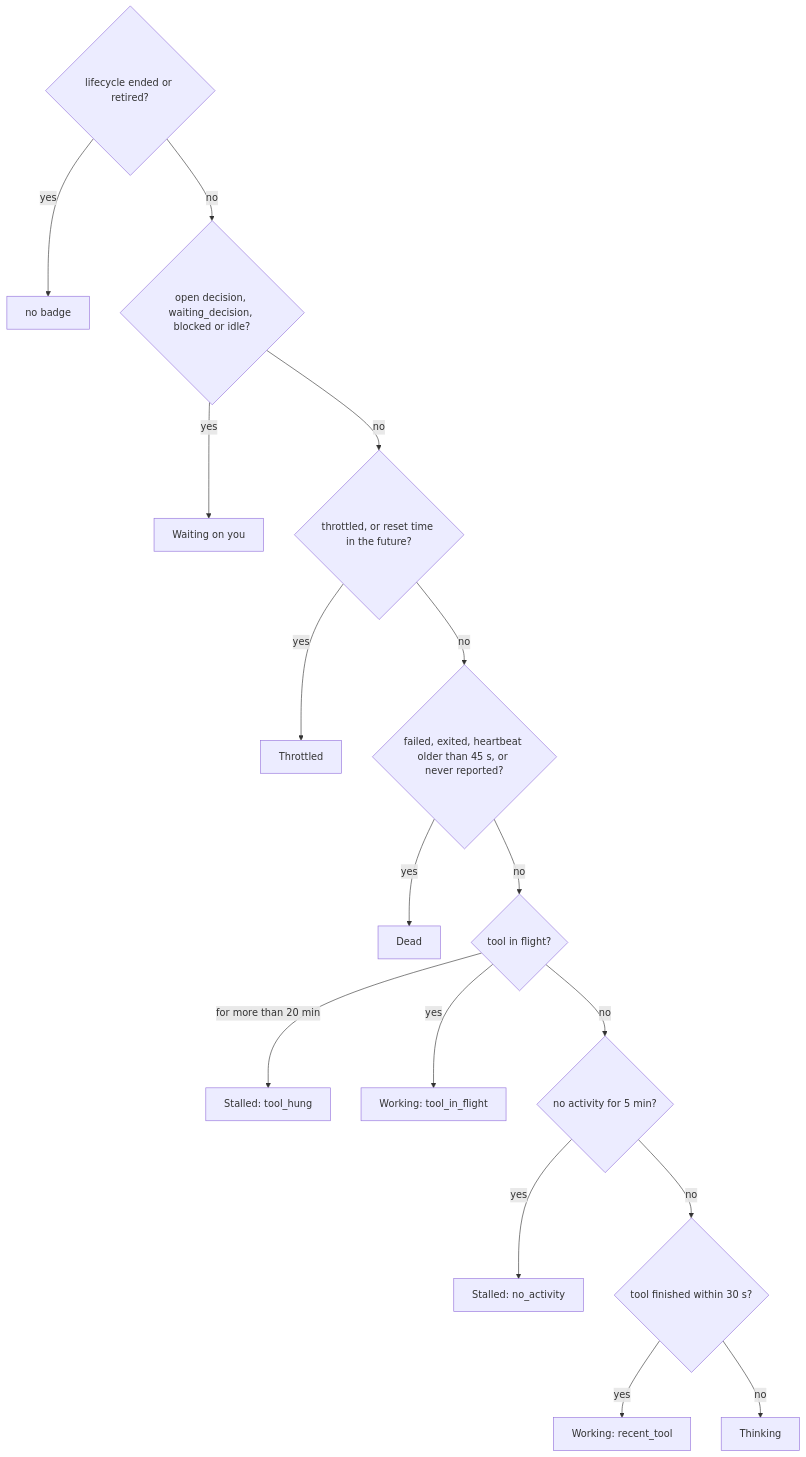
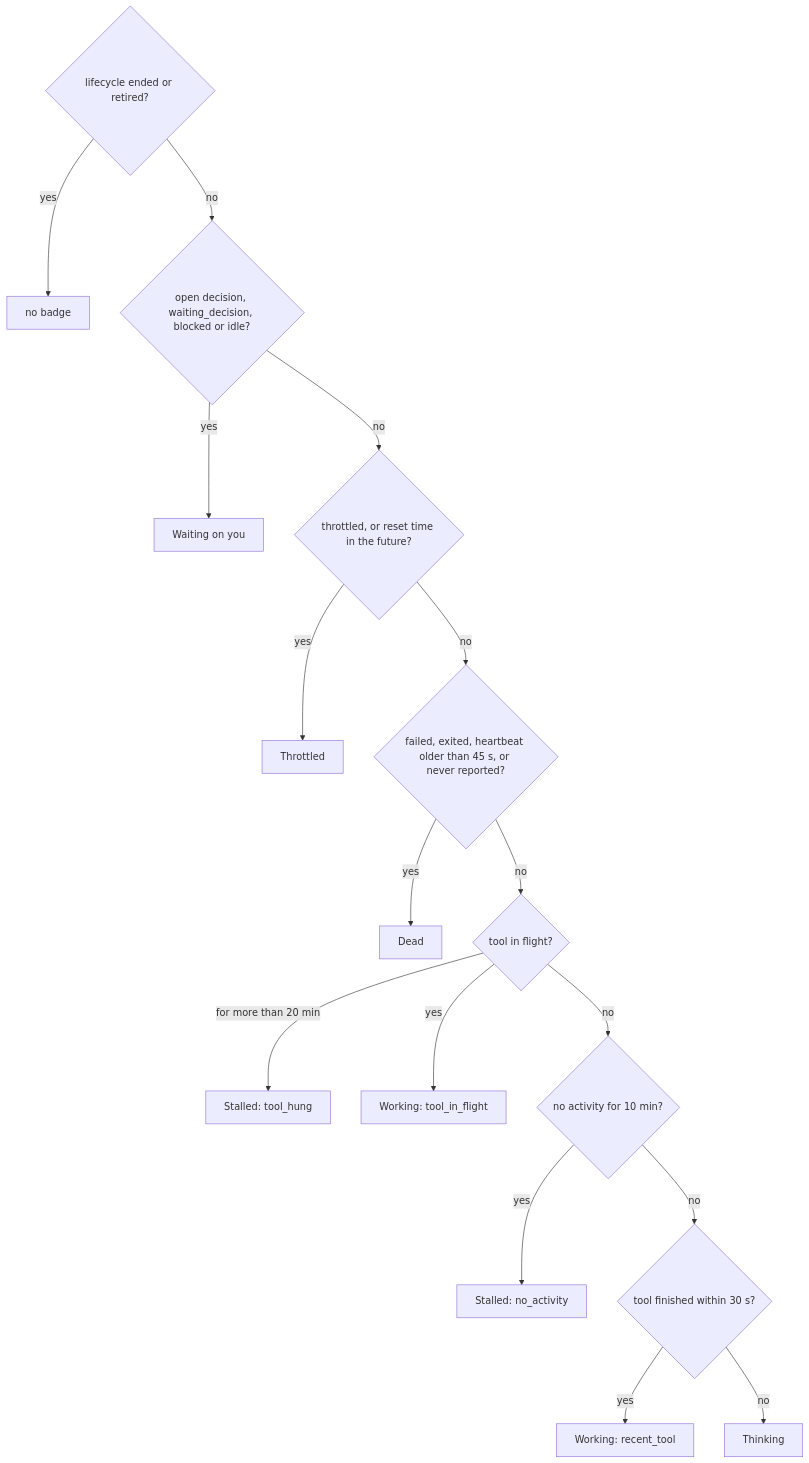
Before and after one commit to skchiew-bot/maia: the fifth of 12 diagrams in docs/architecture.md, drawn with Mermaid. The commit also changed other lines of this file and 9 other files, not shown here.

````diff
--- a/docs/architecture.md
+++ b/docs/architecture.md
@@ -524,18 +524,18 @@
 ```mermaid
 flowchart TD
   A{"lifecycle ended or retired?"} -- yes --> N["no badge"]
   A -- no --> B{"open decision, waiting_decision, blocked or idle?"}
   B -- yes --> W["Waiting on you"]
   B -- no --> C{"throttled, or reset time in the future?"}
   C -- yes --> T["Throttled"]
   C -- no --> D{"failed, exited, heartbeat older than 45 s, or never reported?"}
   D -- yes --> X["Dead"]
   D -- no --> E{"tool in flight?"}
   E -- "for more than 20 min" --> S1["Stalled: tool_hung"]
   E -- "yes" --> WK1["Working: tool_in_flight"]
-  E -- no --> F{"no activity for 5 min?"}
+  E -- no --> F{"no activity for 10 min?"}
   F -- yes --> S2["Stalled: no_activity"]
   F -- no --> G{"tool finished within 30 s?"}
   G -- yes --> WK2["Working: recent_tool"]
   G -- no --> TH["Thinking"]
 ```
````
